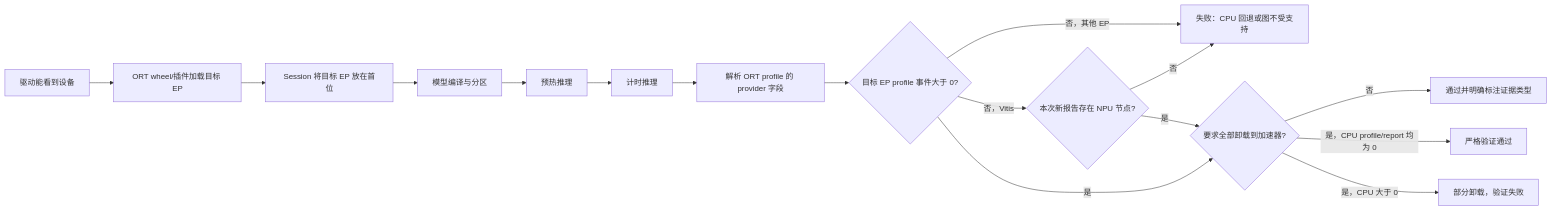
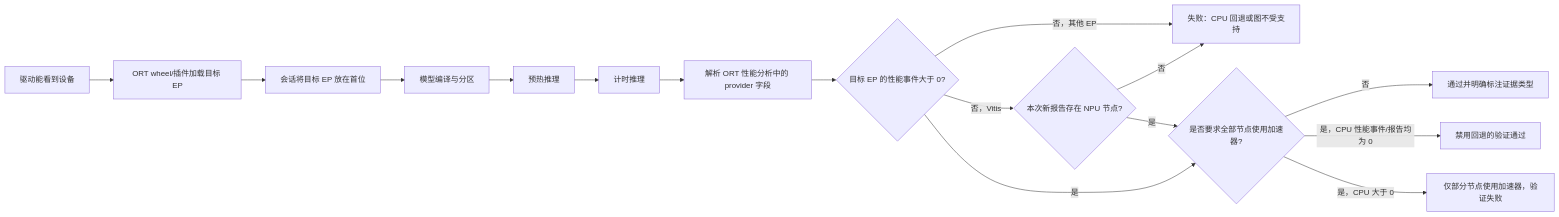
The second of 2 diagrams in AMD/README.zh-CN.md (DakeQQ/Tutorial-ONNX-Runtime-Execution-Providers), drawn with Mermaid before and after one commit. The commit also changed other lines of this file, not shown here.

````diff
--- a/AMD/README.zh-CN.md
+++ b/AMD/README.zh-CN.md
@@ -1213,18 +1213,18 @@
 ```mermaid
 flowchart LR
     A[驱动能看到设备] --> B[ORT wheel/插件加载目标 EP]
-    B --> C[Session 将目标 EP 放在首位]
+    B --> C[会话将目标 EP 放在首位]
     C --> D[模型编译与分区]
     D --> E[预热推理]
     E --> F[计时推理]
-    F --> G[解析 ORT profile 的 provider 字段]
-    G --> H{目标 EP profile 事件大于 0?}
+    F --> G[解析 ORT 性能分析中的 provider 字段]
+    G --> H{目标 EP 的性能事件大于 0?}
     H -->|否，Vitis| N{本次新报告存在 NPU 节点?}
     H -->|否，其他 EP| I[失败：CPU 回退或图不受支持]
     N -->|否| I
     N -->|是| J
-    H -->|是| J{要求全部卸载到加速器?}
+    H -->|是| J{是否要求全部节点使用加速器?}
     J -->|否| K[通过并明确标注证据类型]
-    J -->|是，CPU profile/report 均为 0| L[严格验证通过]
-    J -->|是，CPU 大于 0| M[部分卸载，验证失败]
+    J -->|是，CPU 性能事件/报告均为 0| L[禁用回退的验证通过]
+    J -->|是，CPU 大于 0| M[仅部分节点使用加速器，验证失败]
 ```
````
